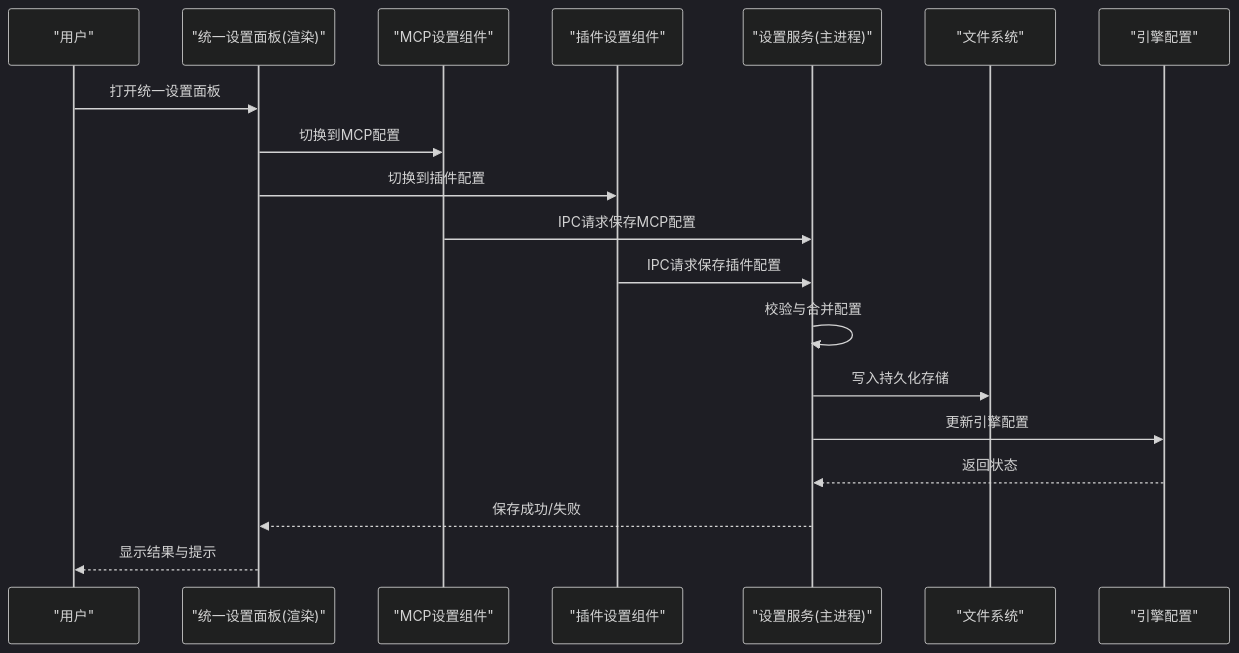
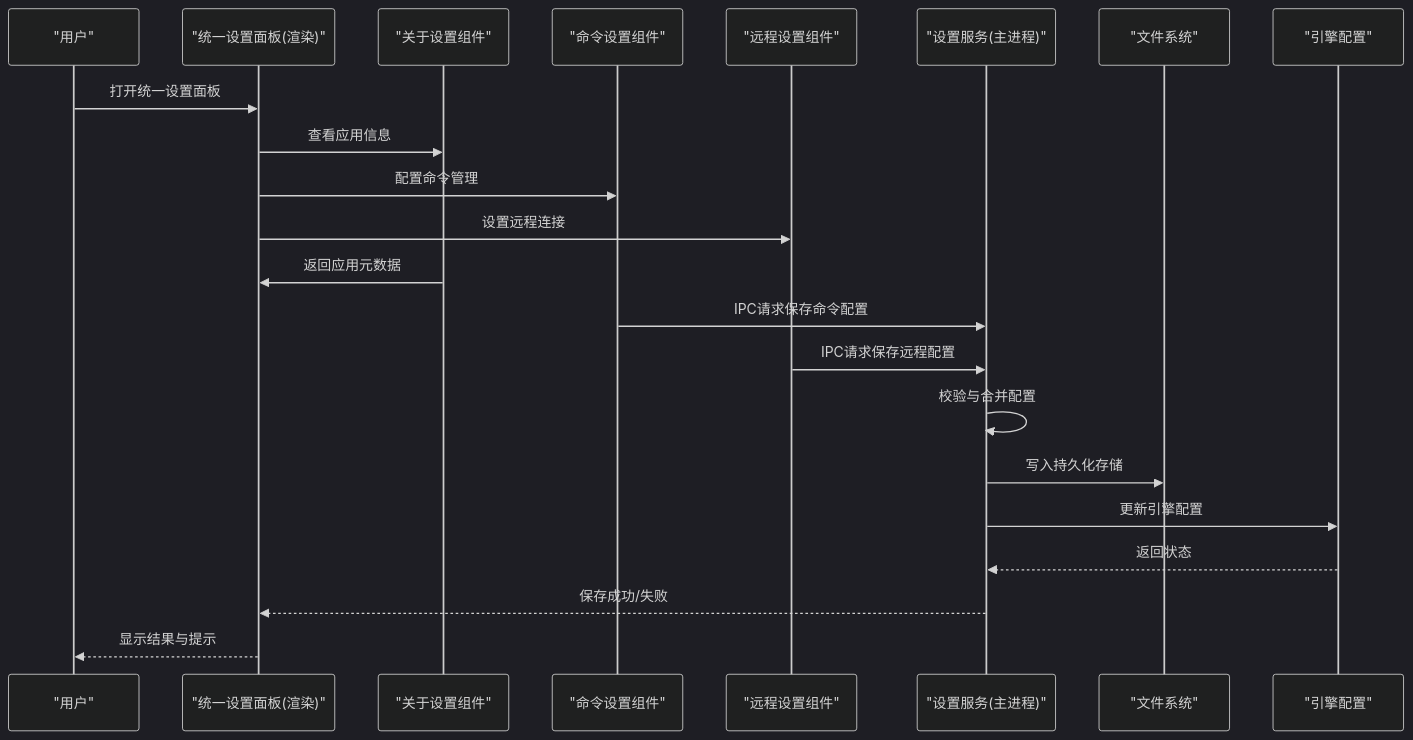
The second of 3 diagrams in .qoder/repowiki/zh/content/用户指南/设置与配置/设置与配置.md (kkutysllb/KCoder), drawn with Mermaid (dark theme) before and after one commit. The commit also changed other lines of this file and 12 other files, not shown here.

````diff
--- a/.qoder/repowiki/zh/content/用户指南/设置与配置/设置与配置.md
+++ b/.qoder/repowiki/zh/content/用户指南/设置与配置/设置与配置.md
@@ -119,21 +130,24 @@
 ```mermaid
 sequenceDiagram
 participant U as "用户"
 participant SP as "统一设置面板(渲染)"
-participant MCP as "MCP设置组件"
-participant PLUG as "插件设置组件"
+participant ABOUT as "关于设置组件"
+participant CMDS as "命令设置组件"
+participant REMOTE as "远程设置组件"
 participant MS as "设置服务(主进程)"
 participant FS as "文件系统"
 participant ENG as "引擎配置"
 U->>SP : 打开统一设置面板
-SP->>MCP : 切换到MCP配置
-SP->>PLUG : 切换到插件配置
-MCP->>MS : IPC请求保存MCP配置
-PLUG->>MS : IPC请求保存插件配置
+SP->>ABOUT : 查看应用信息
+SP->>CMDS : 配置命令管理
+SP->>REMOTE : 设置远程连接
+ABOUT->>SP : 返回应用元数据
+CMDS->>MS : IPC请求保存命令配置
+REMOTE->>MS : IPC请求保存远程配置
 MS->>MS : 校验与合并配置
 MS->>FS : 写入持久化存储
 MS->>ENG : 更新引擎配置
 ENG-->>MS : 返回状态
 MS-->>SP : 保存成功/失败
 SP-->>U : 显示结果与提示
 ```
````
